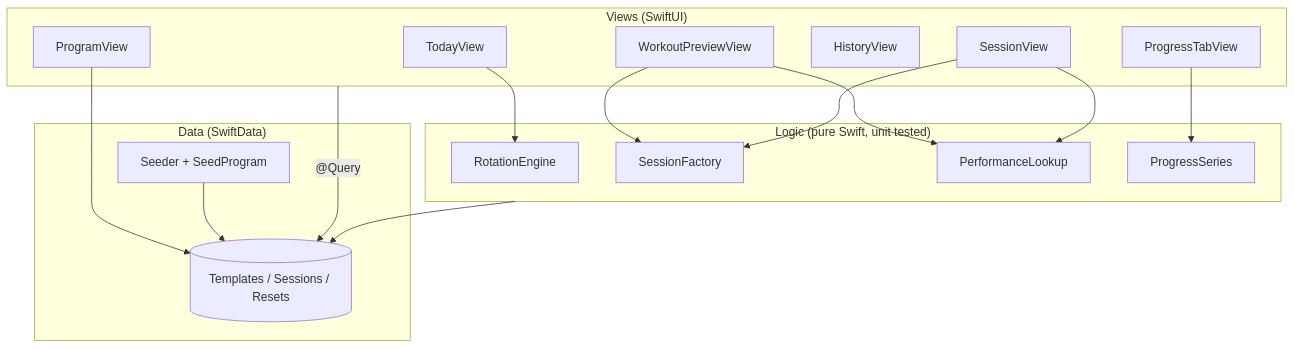
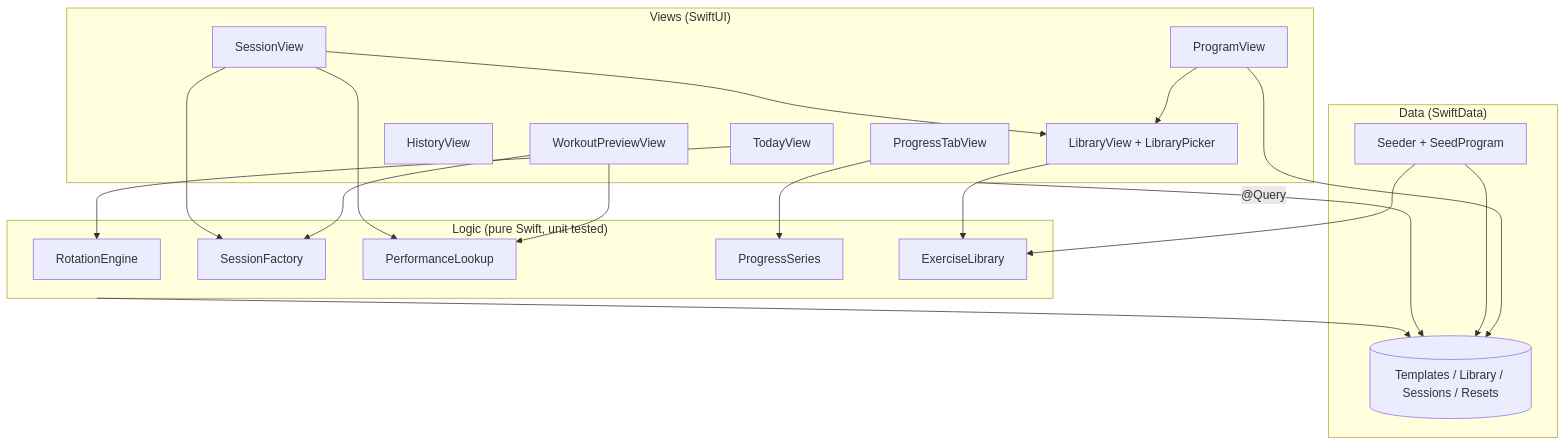
One commit to tzehon/workout-tracker changed the first of 5 diagrams in docs/architecture.md. Above: the diagram before and after it, drawn with Mermaid. The commit also changed other lines of this file and 3 other files, not shown here.

First line of the commit message:
docs: document Pancake, the exercise library and session editing

````diff
--- a/docs/architecture.md
+++ b/docs/architecture.md
@@ -19,32 +20,38 @@
 ```mermaid
 flowchart TD
     subgraph Views["Views (SwiftUI)"]
         Today[TodayView]
         Preview[WorkoutPreviewView]
         Session[SessionView]
         History[HistoryView]
         Progress[ProgressTabView]
         Program[ProgramView]
+        Library[LibraryView + LibraryPicker]
     end
     subgraph Logic["Logic (pure Swift, unit tested)"]
         Rotation[RotationEngine]
         Factory[SessionFactory]
         Lookup[PerformanceLookup]
         Series[ProgressSeries]
+        Lib[ExerciseLibrary]
     end
     subgraph Data["Data (SwiftData)"]
-        Models[(Templates / Sessions / Resets)]
+        Models[(Templates / Library / Sessions / Resets)]
         Seeder[Seeder + SeedProgram]
     end
 
     Today --> Rotation
     Preview --> Factory
     Preview --> Lookup
     Session --> Factory
     Session --> Lookup
     Progress --> Series
     Program --> Models
+    Program --> Library
+    Session --> Library
+    Library --> Lib
+    Seeder --> Lib
     Views -- "@Query" --> Models
     Logic --> Models
     Seeder --> Models
 ```
````
